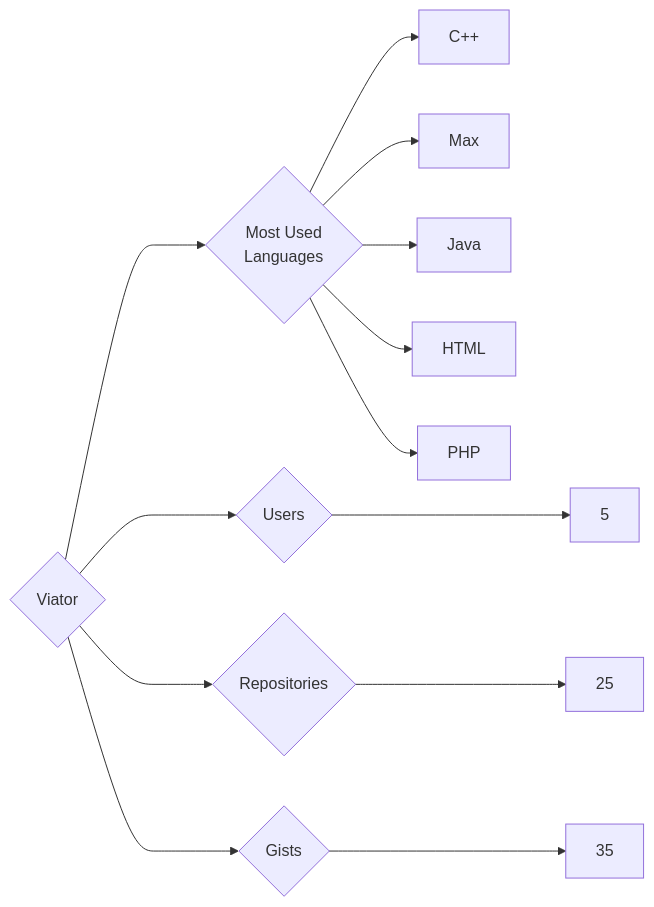
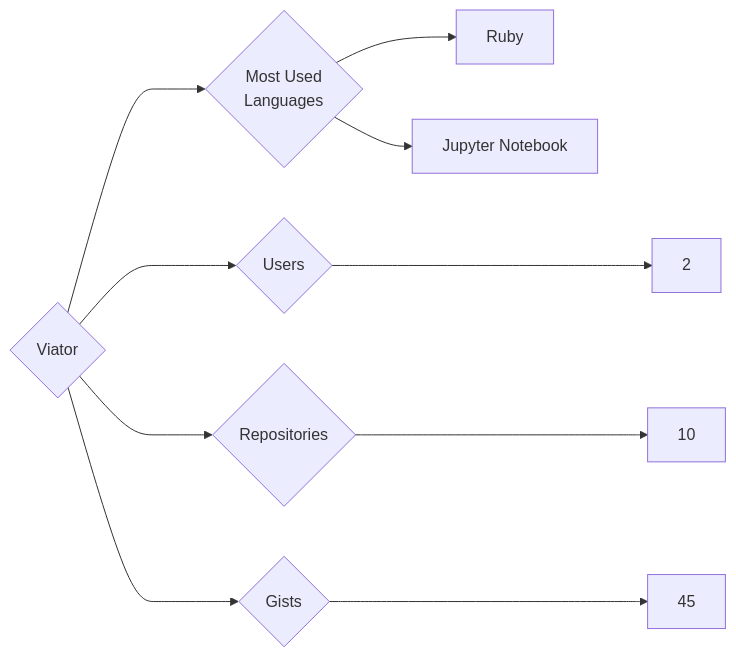
Before and after one commit to trickest/insiders: the diagram in targets/Viator/README.md, drawn with Mermaid. The commit also changed 597 other files, not shown here.

````diff
--- a/targets/Viator/README.md
+++ b/targets/Viator/README.md
@@ -3,13 +3,10 @@
 ```mermaid
 graph LR
 COMPANY_NAME{Viator}
-COMPANY_NAME ---> U{Users} ---> UN[5]
-COMPANY_NAME ---> R{Repositories} ---> RN[25]
-COMPANY_NAME ---> G{Gists} ---> GN[35]
+COMPANY_NAME ---> U{Users} ---> UN[2]
+COMPANY_NAME ---> R{Repositories} ---> RN[10]
+COMPANY_NAME ---> G{Gists} ---> GN[45]
 COMPANY_NAME ---> ML{Most Used<br>Languages}
-ML --> C++[C++]
-ML --> Max[Max]
-ML --> Java[Java]
-ML --> HTML[HTML]
-ML --> PHP[PHP]
+ML --> Ruby[Ruby]
+ML --> Jupyter_Notebook[Jupyter Notebook]
 ```
````
